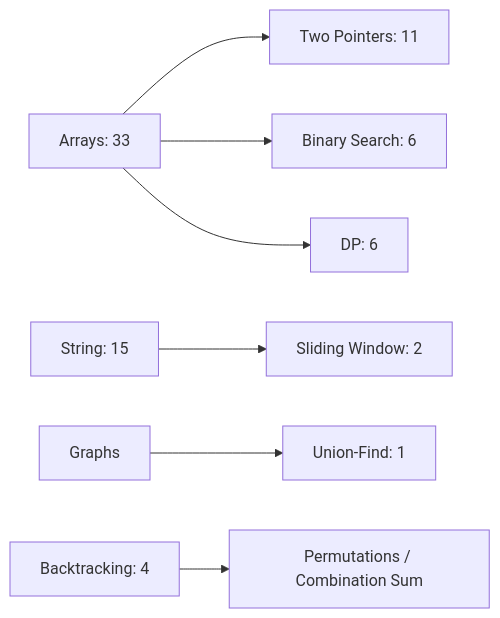
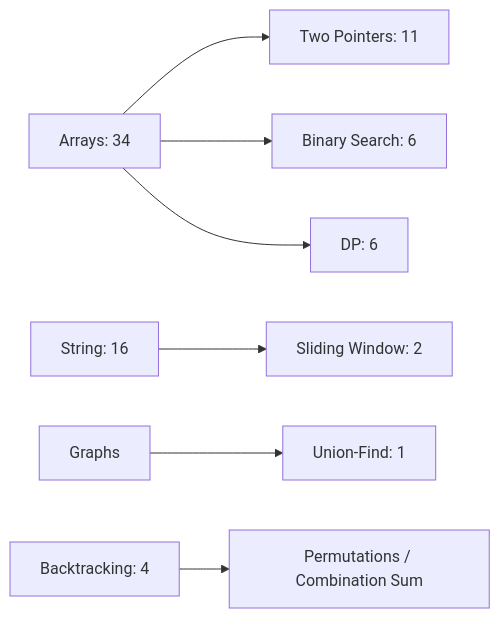
Before and after one commit to manikantbindass/DSA-Preparation-FAANG: the second of 2 diagrams in README.md, drawn with Mermaid. The commit also changed other lines of this file and 1 other file, not shown here.

Commit message:
feat(strings): add two edit words solution

````diff
--- a/README.md
+++ b/README.md
@@ -40,9 +40,9 @@
 ```mermaid
 flowchart LR
-    A["Arrays: 33"] --> B["Two Pointers: 11"]
+    A["Arrays: 34"] --> B["Two Pointers: 11"]
     A --> C["Binary Search: 6"]
     A --> D["DP: 6"]
-    E["String: 15"] --> F["Sliding Window: 2"]
+    E["String: 16"] --> F["Sliding Window: 2"]
     G["Graphs"] --> H["Union-Find: 1"]
     I["Backtracking: 4"] --> J["Permutations / Combination Sum"]
 ```
````
